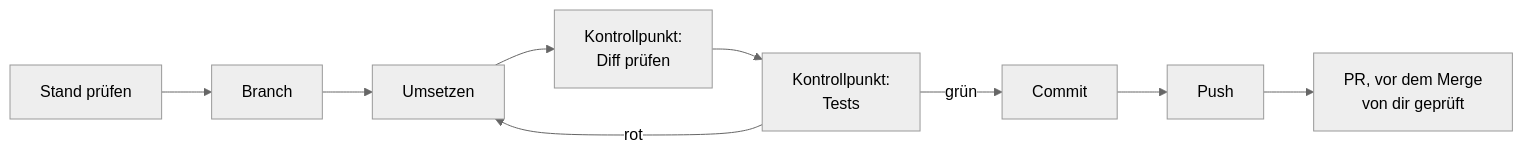
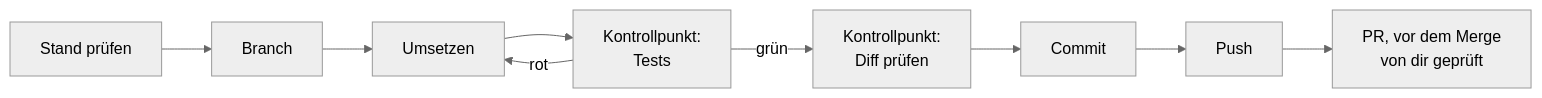
One commit to dynamic-dome/dynamic-workshop changed the diagram in resources/library/s1-16-git-in-einem-fluss.md. Above: the diagram before and after it, drawn with Mermaid (neutral theme). The commit also changed other lines of this file, not shown here.

````diff
--- a/resources/library/s1-16-git-in-einem-fluss.md
+++ b/resources/library/s1-16-git-in-einem-fluss.md
@@ -42,6 +40,6 @@
 ```mermaid
 flowchart LR
-  A["Stand prüfen"] --> B["Branch"] --> C["Umsetzen"] --> D["Kontrollpunkt:<br/>Diff prüfen"] --> E["Kontrollpunkt:<br/>Tests"]
+  A["Stand prüfen"] --> B["Branch"] --> C["Umsetzen"] --> E["Kontrollpunkt:<br/>Tests"]
   E -- "rot" --> C
-  E -- "grün" --> F["Commit"] --> G["Push"] --> H["PR, vor dem Merge<br/>von dir geprüft"]
+  E -- "grün" --> D["Kontrollpunkt:<br/>Diff prüfen"] --> F["Commit"] --> G["Push"] --> H["PR, vor dem Merge<br/>von dir geprüft"]
 ```
````
